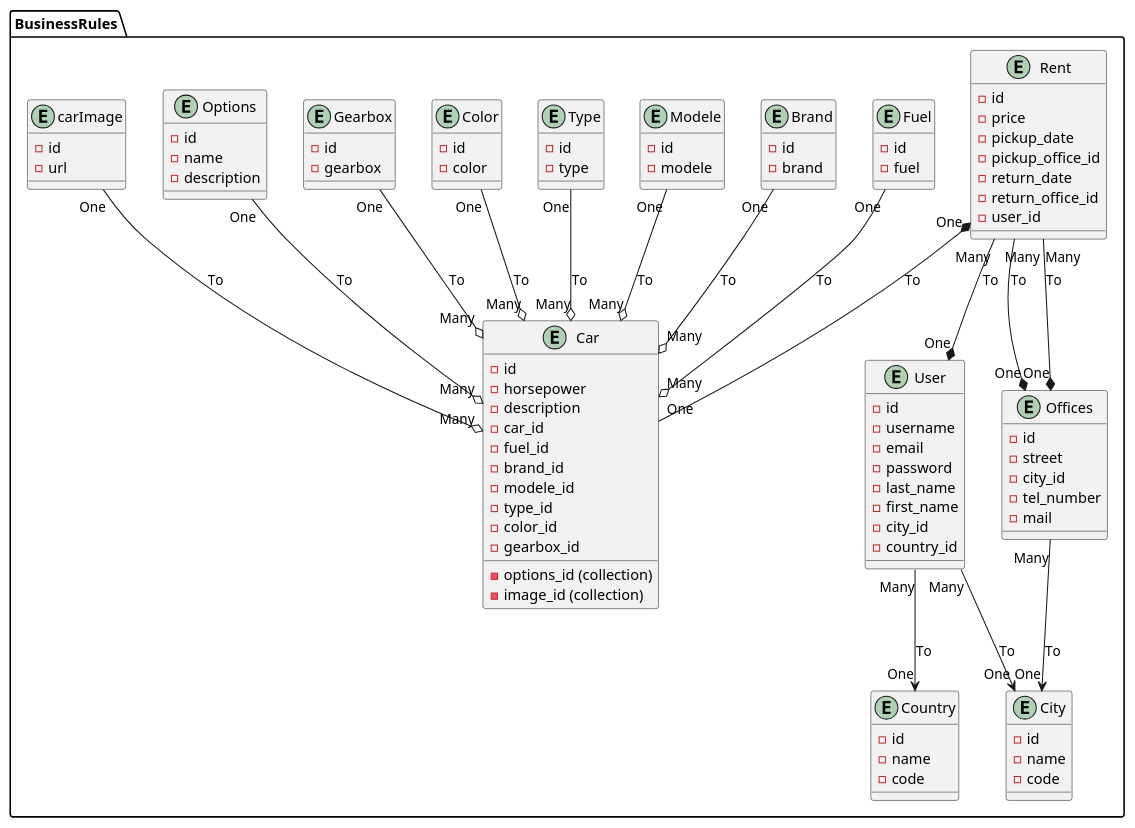
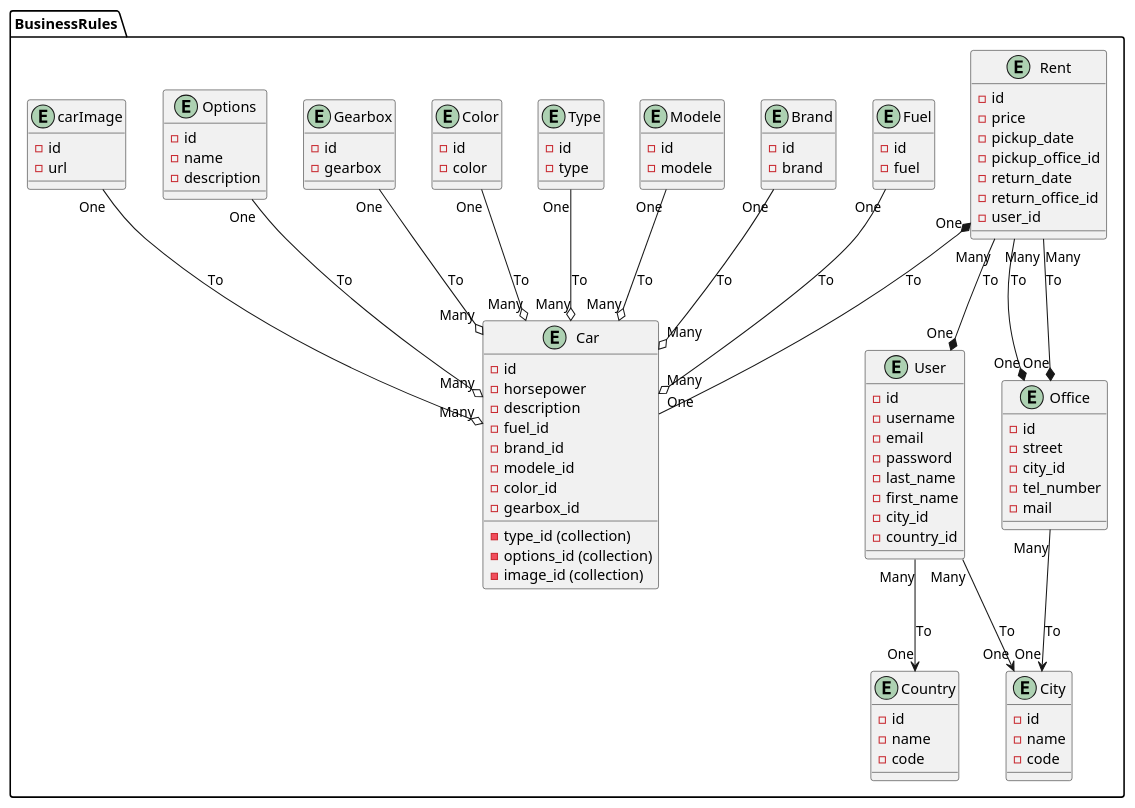
One commit to Spartan0nix/carloc changed the diagram in uml.wsd. Above: the diagram before and after it, drawn with PlantUML. The commit also changed 28 other files, not shown here.

```diff
--- a/uml.wsd
+++ b/uml.wsd
@@ -1,109 +1,108 @@
 @startuml UML
 
 package "BusinessRules" #FFF {
     entity User {
         - id
         - username
         - email
         - password
         - last_name
         - first_name
         - city_id
         - country_id
     }
     entity City {
         - id
         - name 
         - code
     }
     entity Country {
         - id
         - name
         - code
     }
 
     entity Rent {
         - id
         - price
         - pickup_date
         - pickup_office_id
         - return_date
         - return_office_id
         - user_id
     }
 
-    entity Offices {
+    entity Office {
         - id
         - street
         - city_id
         - tel_number
         - mail
     }
 
     entity Car{
         - id
         - horsepower
         - description
-        - car_id
         - fuel_id
         - brand_id
         - modele_id
-        - type_id
         - color_id
         - gearbox_id
+        - type_id (collection)
         - options_id (collection)
         - image_id (collection)
     }
     entity Fuel{
         - id
         - fuel
     }
     entity Brand {
         - id
         - brand
     }
     entity Modele {
         - id
         - modele
     }
     entity Type {
         - id
         - type
     }
     entity Color {
         - id
         - color
     }
     entity Gearbox {
         - id
         - gearbox
     }
     entity Options {
         - id
         - name
         - description
     }
     entity carImage {
         - id
         - url 
     }
 
     User "Many" --> "One" City : To
     User "Many" --> "One" Country : To
-    Offices "Many" --> "One" City : To
+    Office "Many" --> "One" City : To
     Rent "Many" --* "One" User : To
-    Rent "Many" --* "One" Offices : To
-    Rent "Many" --* "One" Offices : To
+    Rent "Many" --* "One" Office : To
+    Rent "Many" --* "One" Office : To
 
     Rent "One" *-- "One" Car : To
 
     Fuel "One" --o "Many" Car : To
     Brand "One" --o "Many" Car : To
     Modele "One" --o "Many" Car : To
     Type "One" --o "Many" Car : To
     Color "One" --o "Many" Car : To
     Gearbox "One" --o "Many" Car : To
     Options "One" --o "Many" Car : To
     carImage "One" --o "Many" Car : To
 }
 @enduml
```
